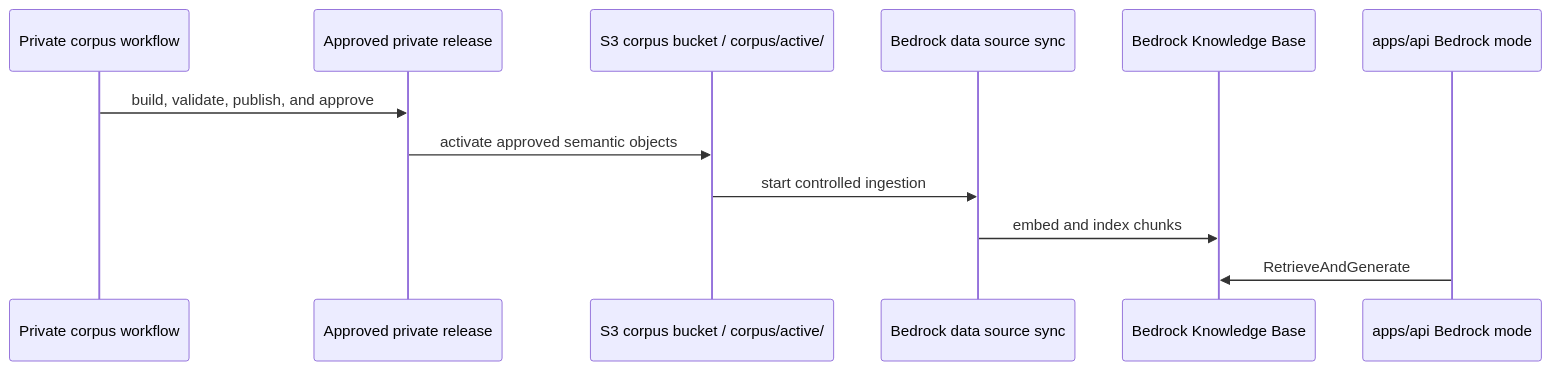
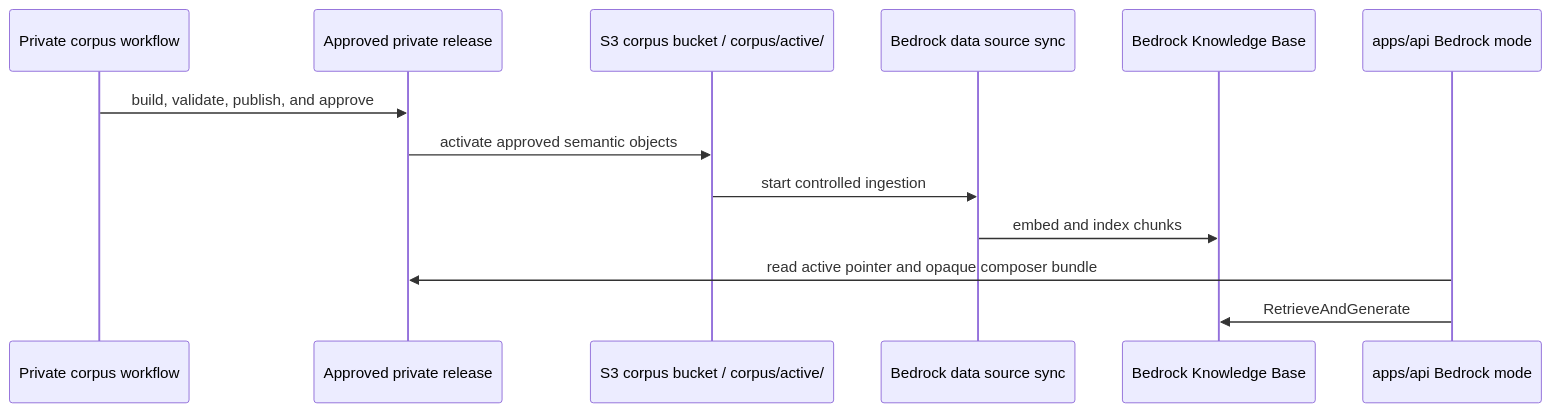
Before and after one commit to ava-collins/simple-tarot: the third of 3 diagrams in docs/bedrock_rag_api_integration.md, drawn with Mermaid. The commit also changed other lines of this file and 15 other files, not shown here.

````diff
--- a/docs/bedrock_rag_api_integration.md
+++ b/docs/bedrock_rag_api_integration.md
@@ -239,15 +257,16 @@
 ```mermaid
 sequenceDiagram
     participant Owner as Private corpus workflow
     participant Release as Approved private release
     participant S3 as S3 corpus bucket / corpus/active/
     participant Sync as Bedrock data source sync
     participant KB as Bedrock Knowledge Base
     participant API as apps/api Bedrock mode
 
     Owner->>Release: build, validate, publish, and approve
     Release->>S3: activate approved semantic objects
     S3->>Sync: start controlled ingestion
     Sync->>KB: embed and index chunks
+    API->>Release: read active pointer and opaque composer bundle
     API->>KB: RetrieveAndGenerate
 ```
````
